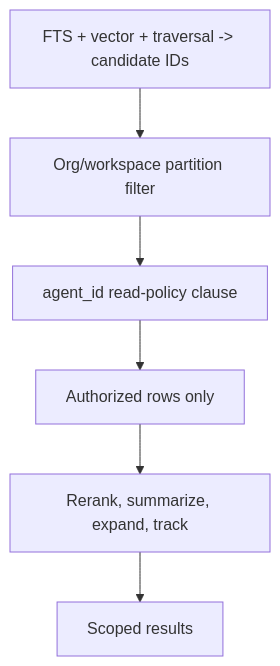
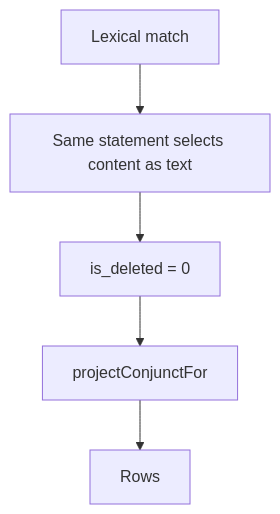
The second of 2 diagrams in library/knowledge/private/security/scoping-and-visibility.md (legioncodeinc/honeycomb), drawn with Mermaid before and after one commit. The commit also changed other lines of this file and 279 other files, not shown here.

````diff
--- a/library/knowledge/private/security/scoping-and-visibility.md
+++ b/library/knowledge/private/security/scoping-and-visibility.md
@@ -69,8 +69,7 @@
 ```mermaid
 flowchart TD
-    channels["FTS + vector + traversal -> candidate IDs"] --> outer["Org/workspace partition filter"]
-    outer --> inner["agent_id read-policy clause"]
-    inner --> authorized["Authorized rows only"]
-    authorized --> content["Rerank, summarize, expand, track"]
-    content --> out["Scoped results"]
+    match["Lexical match"] --> same["Same statement selects content as text"]
+    same --> deleted["is_deleted = 0"]
+    deleted --> project["projectConjunctFor"]
+    project --> out["Rows"]
 ```
````
